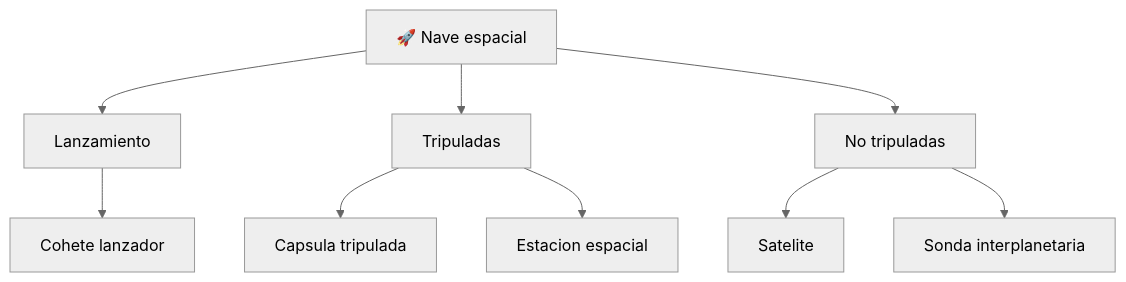
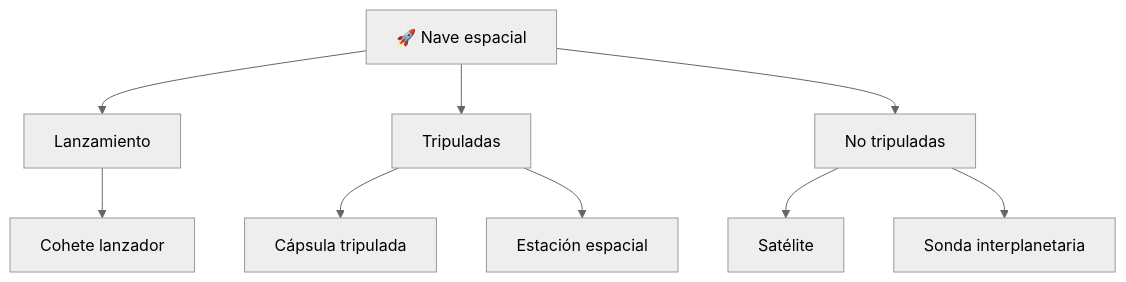
The diagram in vehiculos/naves-espaciales/operacion/caracteristicas-nave-espacial.md (vladimiracunadev-create/machine-operator-program), drawn with Mermaid (neutral theme) before and after one commit. The commit also changed other lines of this file and 442 other files, not shown here.

````diff
--- a/vehiculos/naves-espaciales/operacion/caracteristicas-nave-espacial.md
+++ b/vehiculos/naves-espaciales/operacion/caracteristicas-nave-espacial.md
@@ -35,11 +35,11 @@
 ```mermaid
 flowchart TD
     Nave[🚀 Nave espacial] --> Lanzamiento[Lanzamiento]
     Nave --> Tripuladas[Tripuladas]
     Nave --> NoTripuladas[No tripuladas]
     Lanzamiento --> Cohete[Cohete lanzador]
-    Tripuladas --> Capsula[Capsula tripulada]
-    Tripuladas --> Estacion[Estacion espacial]
-    NoTripuladas --> Satelite[Satelite]
+    Tripuladas --> Capsula[Cápsula tripulada]
+    Tripuladas --> Estacion[Estación espacial]
+    NoTripuladas --> Satelite[Satélite]
     NoTripuladas --> Sonda[Sonda interplanetaria]
 ```
````
